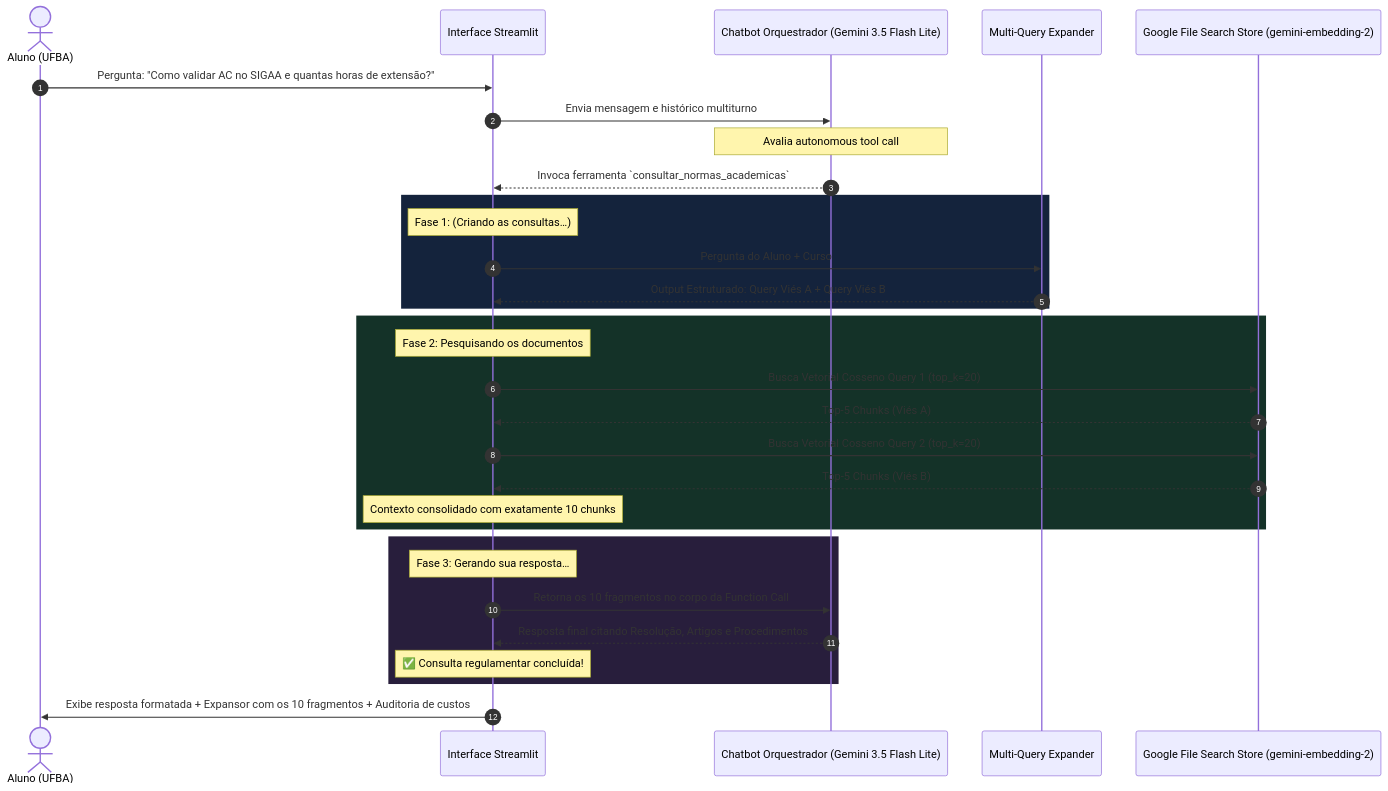
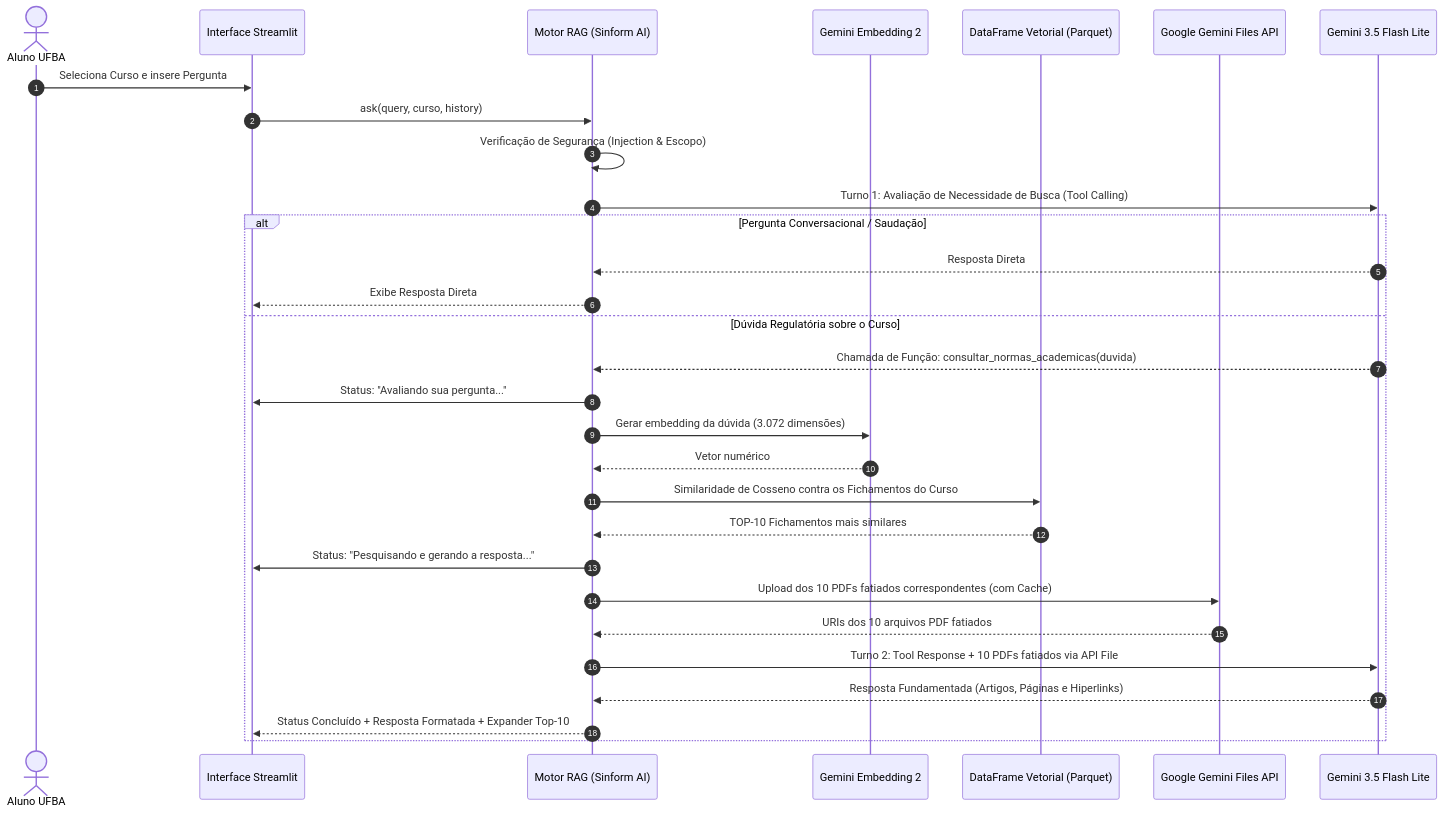
One commit to Chossei/sinform-ai changed the diagram in FLUXO_RAG_DETALHADO.md. Above: the diagram before and after it, drawn with Mermaid. The commit also changed other lines of this file and 390 other files, not shown here.

Commit message:
Refatoração completa do RAG: Banco Vetorial próprio em DataFrame, fatiamento por densidade de páginas (pypdf), Top-10 multimodal via API File e documentação atualizada

````diff
--- a/FLUXO_RAG_DETALHADO.md
+++ b/FLUXO_RAG_DETALHADO.md
@@ -260,38 +96,34 @@
 ```mermaid
 sequenceDiagram
     autonumber
-    actor Aluno as Aluno (UFBA)
+    actor Aluno as Aluno UFBA
     participant UI as Interface Streamlit
-    participant Chatbot as Chatbot Orquestrador (Gemini 3.5 Flash Lite)
-    participant Expander as Multi-Query Expander
-    participant GFS as Google File Search Store (gemini-embedding-2)
+    participant RAG as Motor RAG (Sinform AI)
+    participant Emb as Gemini Embedding 2
+    participant Store as DataFrame Vetorial (Parquet)
+    participant FilesAPI as Google Gemini Files API
+    participant LLM as Gemini 3.5 Flash Lite
 
-    Aluno->>UI: Pergunta: "Como validar AC no SIGAA e quantas horas de extensão?"
-    UI->>Chatbot: Envia mensagem e histórico multiturno
-    Note over Chatbot: Avalia autonomous tool call
-    Chatbot-->>UI: Invoca ferramenta `consultar_normas_academicas`
-  
-    rect rgb(20, 35, 60)
-        Note over UI: Fase 1: (Criando as consultas…)
-        UI->>Expander: Pergunta do Aluno + Curso
-        Expander-->>UI: Output Estruturado: Query Viés A + Query Viés B
+    Aluno->>UI: Seleciona Curso e insere Pergunta
+    UI->>RAG: ask(query, curso, history)
+    RAG->>RAG: Verificação de Segurança (Injection & Escopo)
+    RAG->>LLM: Turno 1: Avaliação de Necessidade de Busca (Tool Calling)
+    
+    alt Pergunta Conversacional / Saudação
+        LLM-->>RAG: Resposta Direta
+        RAG-->>UI: Exibe Resposta Direta
+    else Dúvida Regulatória sobre o Curso
+        LLM-->>RAG: Chamada de Função: consultar_normas_academicas(duvida)
+        RAG->>UI: Status: "Avaliando sua pergunta..."
+        RAG->>Emb: Gerar embedding da dúvida (3.072 dimensões)
+        Emb-->>RAG: Vetor numérico
+        RAG->>Store: Similaridade de Cosseno contra os Fichamentos do Curso
+        Store-->>RAG: TOP-10 Fichamentos mais similares
+        RAG->>UI: Status: "Pesquisando e gerando a resposta..."
+        RAG->>FilesAPI: Upload dos 10 PDFs fatiados correspondentes (com Cache)
+        FilesAPI-->>RAG: URIs dos 10 arquivos PDF fatiados
+        RAG->>LLM: Turno 2: Tool Response + 10 PDFs fatiados via API File
+        LLM-->>RAG: Resposta Fundamentada (Artigos, Páginas e Hiperlinks)
+        RAG-->>UI: Status Concluído + Resposta Formatada + Expander Top-10
     end
-
-    rect rgb(20, 50, 40)
-        Note over UI: Fase 2: Pesquisando os documentos
-        UI->>GFS: Busca Vetorial Cosseno Query 1 (top_k=20)
-        GFS-->>UI: Top-5 Chunks (Viés A)
-        UI->>GFS: Busca Vetorial Cosseno Query 2 (top_k=20)
-        GFS-->>UI: Top-5 Chunks (Viés B)
-        Note over UI: Contexto consolidado com exatamente 10 chunks
-    end
-
-    rect rgb(40, 30, 60)
-        Note over UI: Fase 3: Gerando sua resposta…
-        UI->>Chatbot: Retorna os 10 fragmentos no corpo da Function Call
-        Chatbot-->>UI: Resposta final citando Resolução, Artigos e Procedimentos
-        Note over UI: ✅ Consulta regulamentar concluída!
-    end
-
-    UI->>Aluno: Exibe resposta formatada + Expansor com os 10 fragmentos + Auditoria de custos
 ```
````
